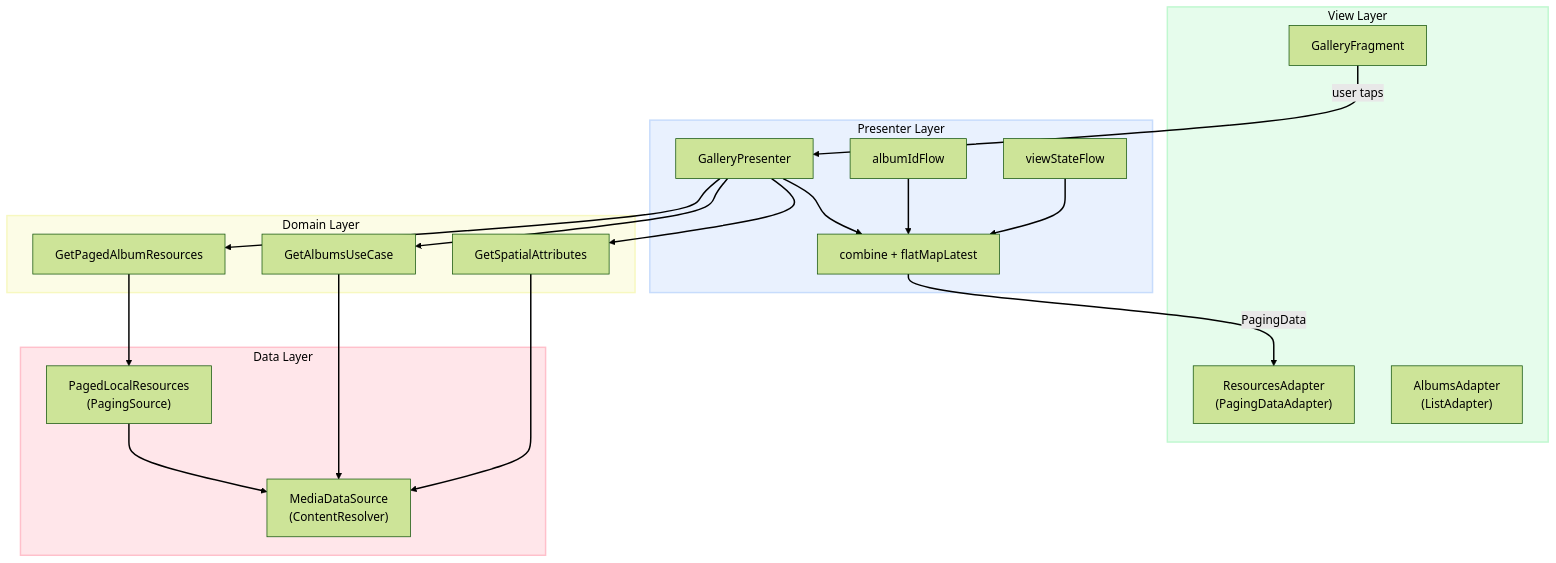
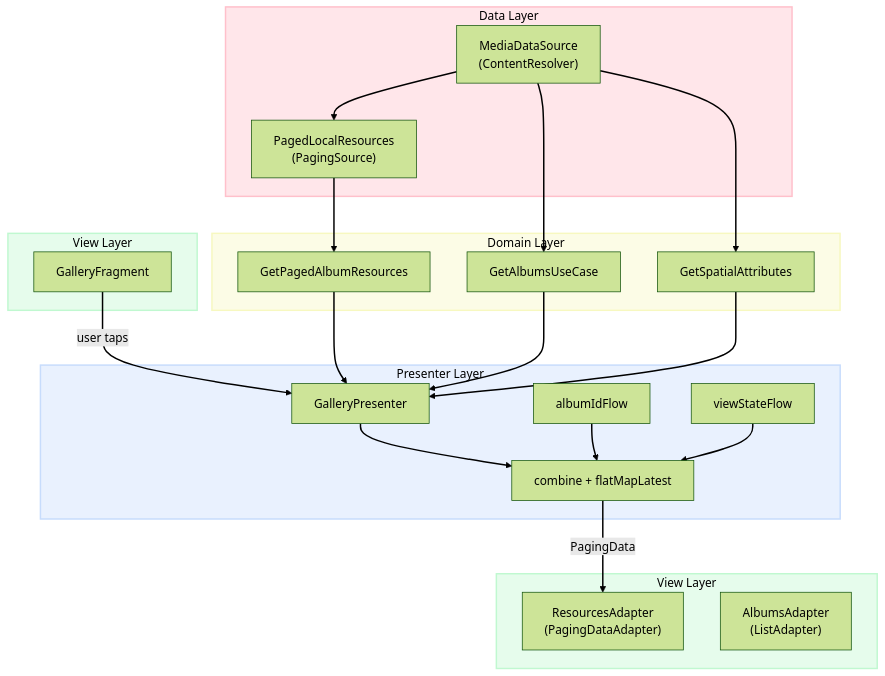
One commit to monday8am/monday8am.github.io changed the first of 3 diagrams in _posts/2020-10-21-storybeat-reactive-gallery.md. Above: the diagram before and after it, drawn with Mermaid (forest theme). The commit also changed other lines of this file and 3 other files, not shown here.

Commit message:
Updated flowchart styles

````diff
--- a/_posts/2020-10-21-storybeat-reactive-gallery.md
+++ b/_posts/2020-10-21-storybeat-reactive-gallery.md
@@ -27,51 +27,58 @@
 ```mermaid
 flowchart TB
     classDef green fill:#c0f8d066,stroke:#c0f8d0,stroke-width:2px,color:black
     classDef blue fill:#c7dcfc66,stroke:#c7dcfc,stroke-width:2px,color:black
     classDef yellow fill:#f7f8c066,stroke:#f7f8c0,stroke-width:2px,color:black
     classDef red fill:#ffc0cb66,stroke:#ffc0cb,stroke-width:2px,color:black
     linkStyle default stroke:black,stroke-width:2px,color:black
 
-    subgraph View["View Layer"]
-        Fragment["GalleryFragment"]
-        ResAdapter["ResourcesAdapter<br/>(PagingDataAdapter)"]
-        AlbAdapter["AlbumsAdapter<br/>(ListAdapter)"]
+    subgraph Data["Data Layer"]
+        MediaDS["MediaDataSource<br/>(ContentResolver)"]
+        PagingSrc["PagedLocalResources<br/>(PagingSource)"]
+    end
+
+    subgraph Domain["Domain Layer"]
+        PagedUC["GetPagedAlbumResources"]
+        AlbumsUC["GetAlbumsUseCase"]
+        SpatialUC["GetSpatialAttributes"]
     end
 
     subgraph Presenter["Presenter Layer"]
         GP["GalleryPresenter"]
         AlbumFlow["albumIdFlow"]
         StateFlow["viewStateFlow"]
         Combine["combine + flatMapLatest"]
     end
 
-    subgraph Domain["Domain Layer"]
-        PagedUC["GetPagedAlbumResources"]
-        AlbumsUC["GetAlbumsUseCase"]
-        SpatialUC["GetSpatialAttributes"]
+    subgraph View1["View Layer"]
+        Fragment["GalleryFragment"]
     end
 
-    subgraph Data["Data Layer"]
-        PagingSrc["PagedLocalResources<br/>(PagingSource)"]
-        MediaDS["MediaDataSource<br/>(ContentResolver)"]
+    subgraph View2["View Layer"]
+        ResAdapter["ResourcesAdapter<br/>(PagingDataAdapter)"]
+        AlbAdapter["AlbumsAdapter<br/>(ListAdapter)"]
     end
 
+    MediaDS --> PagingSrc
+    MediaDS --> AlbumsUC
+    MediaDS --> SpatialUC
+    PagingSrc --> PagedUC
+
     Fragment -->|user taps| GP
+
+    PagedUC --> GP
+    AlbumsUC --> GP
+    SpatialUC --> GP
+
     GP --> Combine
     AlbumFlow --> Combine
     StateFlow --> Combine
     Combine -->|PagingData| ResAdapter
 
-    GP --> PagedUC
-    GP --> AlbumsUC
-    GP --> SpatialUC
-    PagedUC --> PagingSrc
-    PagingSrc --> MediaDS
-    AlbumsUC --> MediaDS
-    SpatialUC --> MediaDS
 
-    View:::green
+    Data:::red
+    Domain:::yellow
     Presenter:::blue
-    Domain:::yellow
-    Data:::red
+    View1:::green
+    View2:::green
 ```
````
